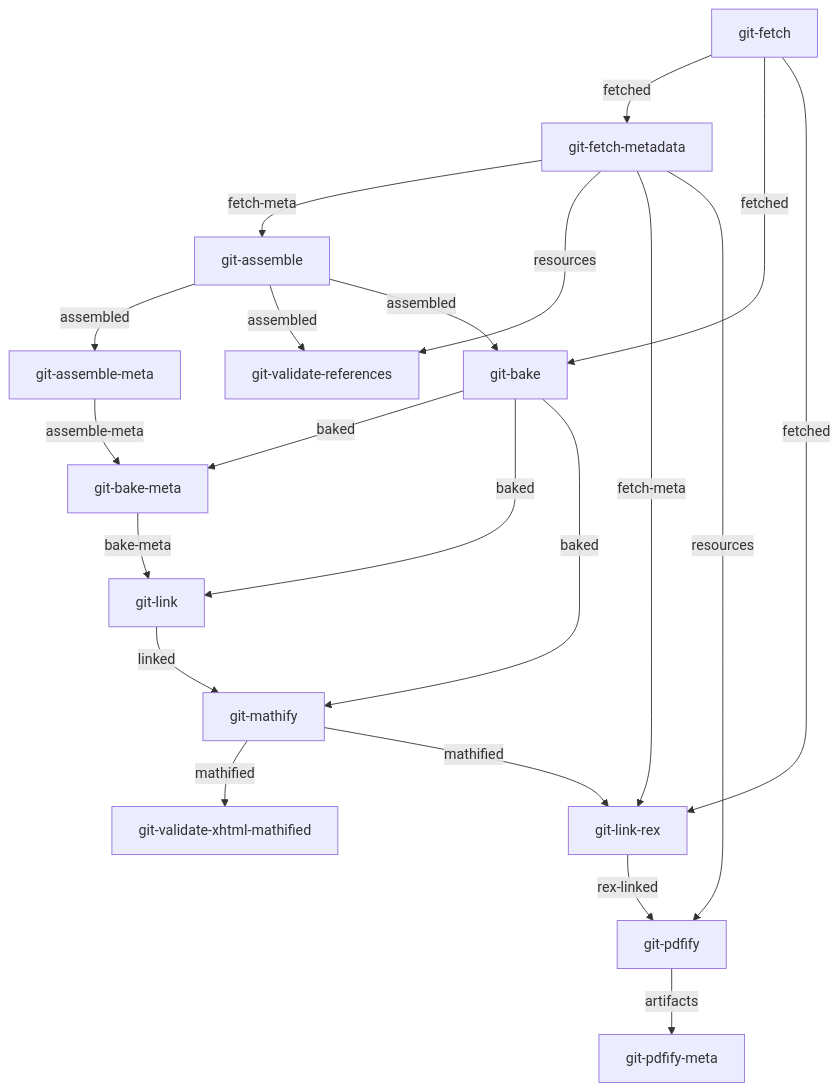
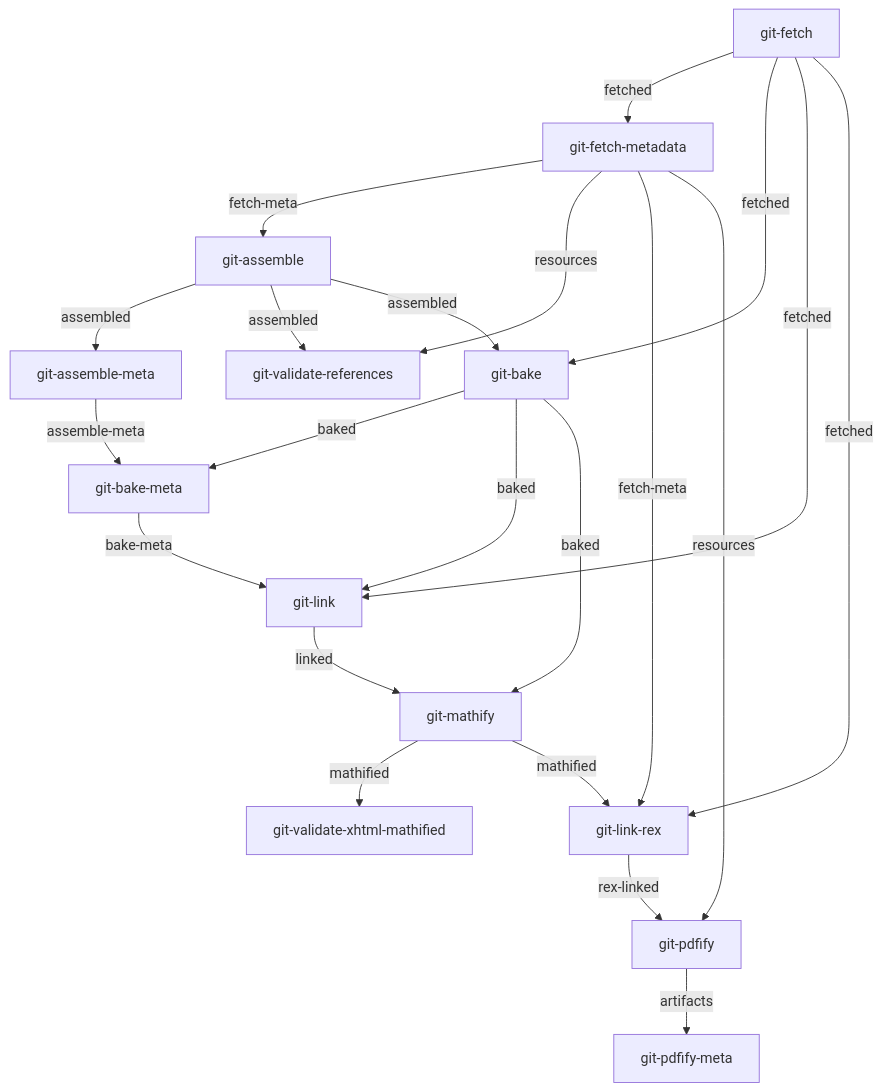
The diagram in README.md (openstax/enki), drawn with Mermaid before and after one commit. The commit also changed 2 other files, not shown here.

Commit message:
update autogenerated files

````diff
--- a/README.md
+++ b/README.md
@@ -111,23 +111,24 @@
 ```mermaid
 graph TB
     git-fetch -- fetched --> git-fetch-metadata
     git-fetch-metadata -- fetch-meta --> git-assemble
     git-assemble -- assembled --> git-assemble-meta
     git-assemble -- assembled --> git-validate-references
     git-fetch-metadata -- resources --> git-validate-references
     git-fetch -- fetched --> git-bake
     git-assemble -- assembled --> git-bake
     git-assemble-meta -- assemble-meta --> git-bake-meta
     git-bake -- baked --> git-bake-meta
     git-bake -- baked --> git-link
     git-bake-meta -- bake-meta --> git-link
+    git-fetch -- fetched --> git-link
     git-link -- linked --> git-mathify
     git-bake -- baked --> git-mathify
     git-mathify -- mathified --> git-validate-xhtml-mathified
     git-mathify -- mathified --> git-link-rex
     git-fetch -- fetched --> git-link-rex
     git-fetch-metadata -- fetch-meta --> git-link-rex
     git-link-rex -- rex-linked --> git-pdfify
     git-fetch-metadata -- resources --> git-pdfify
     git-pdfify -- artifacts --> git-pdfify-meta
 ```
````
